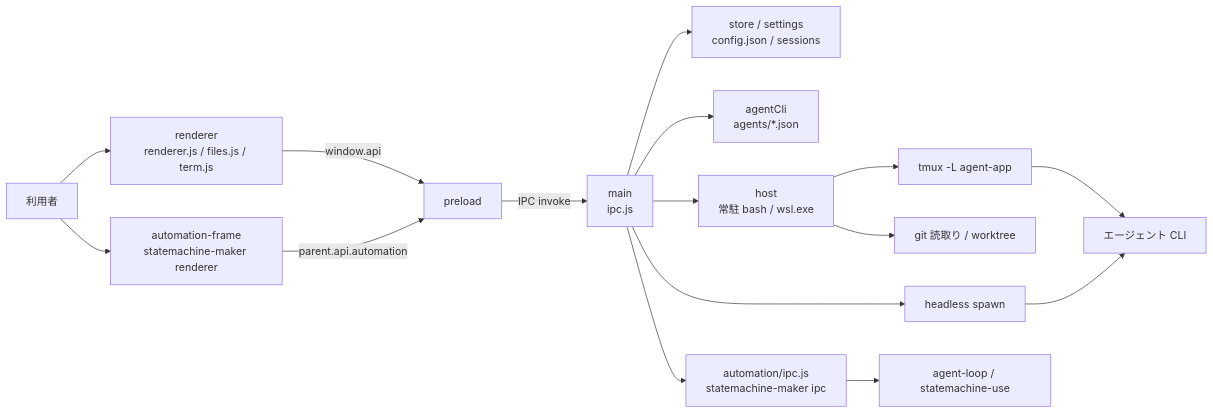
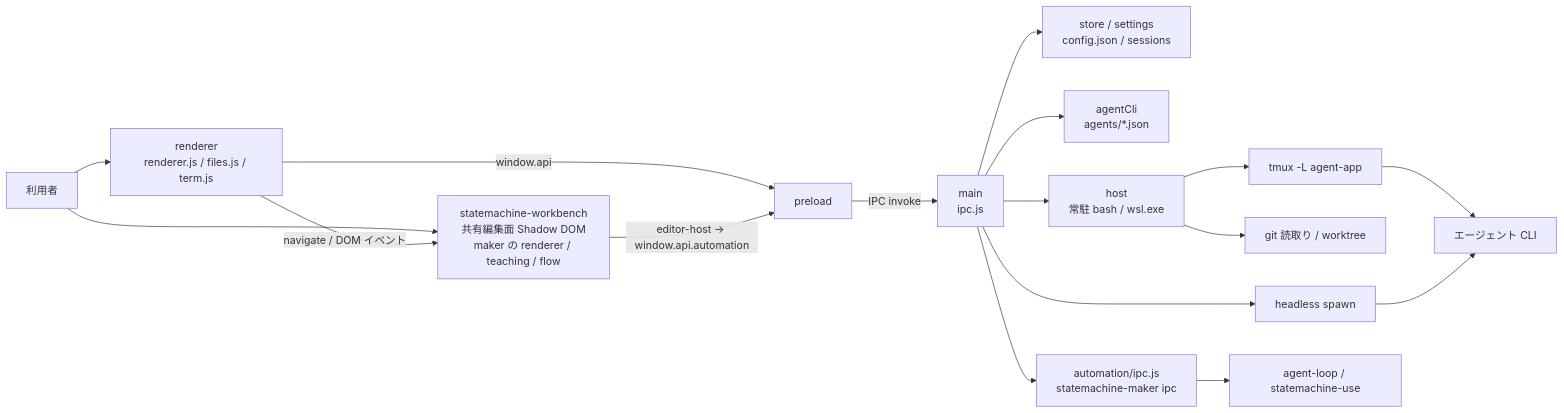
The diagram in docs/designs/agent-app-design.md (ynitto/sandbox), drawn with Mermaid before and after one commit. The commit also changed other lines of this file and 2 other files, not shown here.

First line of the commit message:
docs(agent-app): follow shared editor workbench and workflow teaching

````diff
--- a/docs/designs/agent-app-design.md
+++ b/docs/designs/agent-app-design.md
@@ -78,19 +83,20 @@
 ```mermaid
 flowchart LR
   U[利用者] --> R[renderer<br/>renderer.js / files.js / term.js]
-  U --> A[automation-frame<br/>statemachine-maker renderer]
+  U --> A[statemachine-workbench<br/>共有編集面 Shadow DOM<br/>maker の renderer / teaching / flow]
+  R -->|navigate / DOM イベント| A
   R -->|window.api| P[preload]
-  A -->|parent.api.automation| P
+  A -->|editor-host → window.api.automation| P
   P -->|IPC invoke| M[main<br/>ipc.js]
 
   M --> S[store / settings<br/>config.json / sessions]
   M --> C[agentCli<br/>agents/*.json]
   M --> H[host<br/>常駐 bash / wsl.exe]
   H --> T[tmux -L agent-app]
   T --> CLI[エージェント CLI]
   H --> G[git 読取り / worktree]
   M --> X[headless spawn]
   X --> CLI
   M --> K[automation/ipc.js<br/>statemachine-maker ipc]
   K --> L[agent-loop / statemachine-use]
 ```
````
